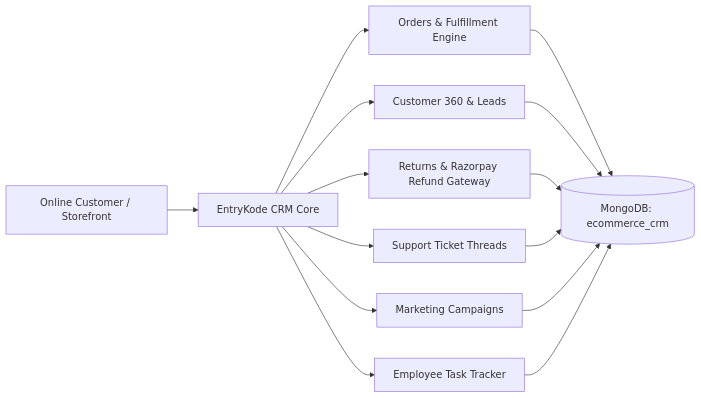
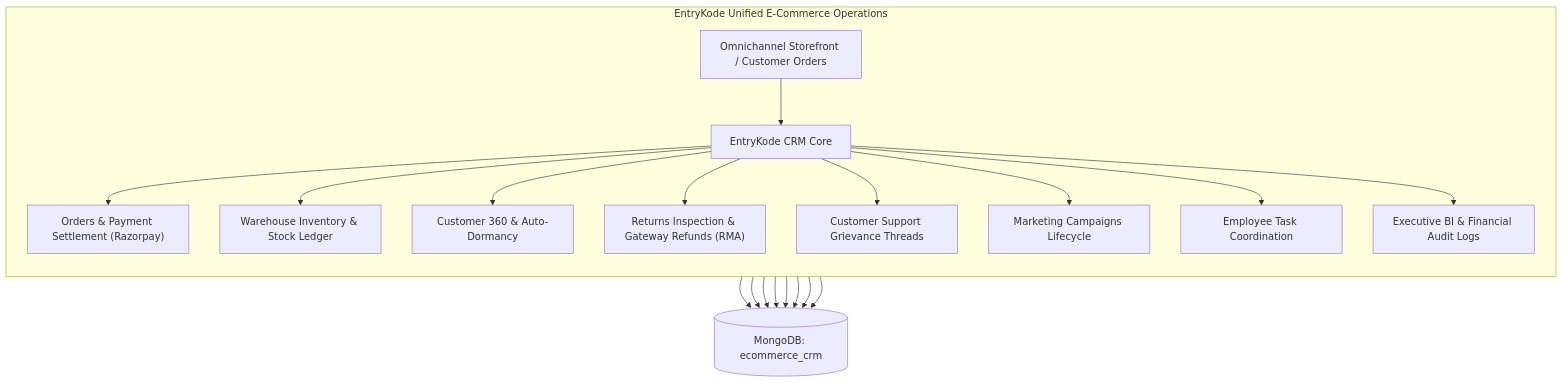
One commit to sanjaydinakaran29112004/Ecommerce-CRM changed the first of 4 diagrams in PROJECT_REPORT.md. Above: the diagram before and after it, drawn with Mermaid. The commit also changed other lines of this file and 3 other files, not shown here.

````diff
--- a/PROJECT_REPORT.md
+++ b/PROJECT_REPORT.md
@@ -32,17 +46,24 @@
 ```mermaid
-flowchart LR
-    A["Online Customer / Storefront"] --> B["EntryKode CRM Core"]
-    B --> C["Orders & Fulfillment Engine"]
-    B --> D["Customer 360 & Leads"]
-    B --> E["Returns & Razorpay Refund Gateway"]
-    B --> F["Support Ticket Threads"]
-    B --> G["Marketing Campaigns"]
-    B --> H["Employee Task Tracker"]
+flowchart TD
+    subgraph CommerceOps["EntryKode Unified E-Commerce Operations"]
+        direction TB
+        A["Omnichannel Storefront / Customer Orders"] --> B["EntryKode CRM Core"]
+        B --> C["Orders & Payment Settlement (Razorpay)"]
+        B --> D["Warehouse Inventory & Stock Ledger"]
+        B --> E["Customer 360 & Auto-Dormancy"]
+        B --> F["Returns Inspection & Gateway Refunds (RMA)"]
+        B --> G["Customer Support Grievance Threads"]
+        B --> H["Marketing Campaigns Lifecycle"]
+        B --> I["Employee Task Coordination"]
+        B --> J["Executive BI & Financial Audit Logs"]
+    end
     
-    C --> I[("MongoDB: ecommerce_crm")]
-    D --> I
-    E --> I
-    F --> I
-    G --> I
-    H --> I
+    C --> DB[("MongoDB: ecommerce_crm")]
+    D --> DB
+    E --> DB
+    F --> DB
+    G --> DB
+    H --> DB
+    I --> DB
+    J --> DB
 ```
````
